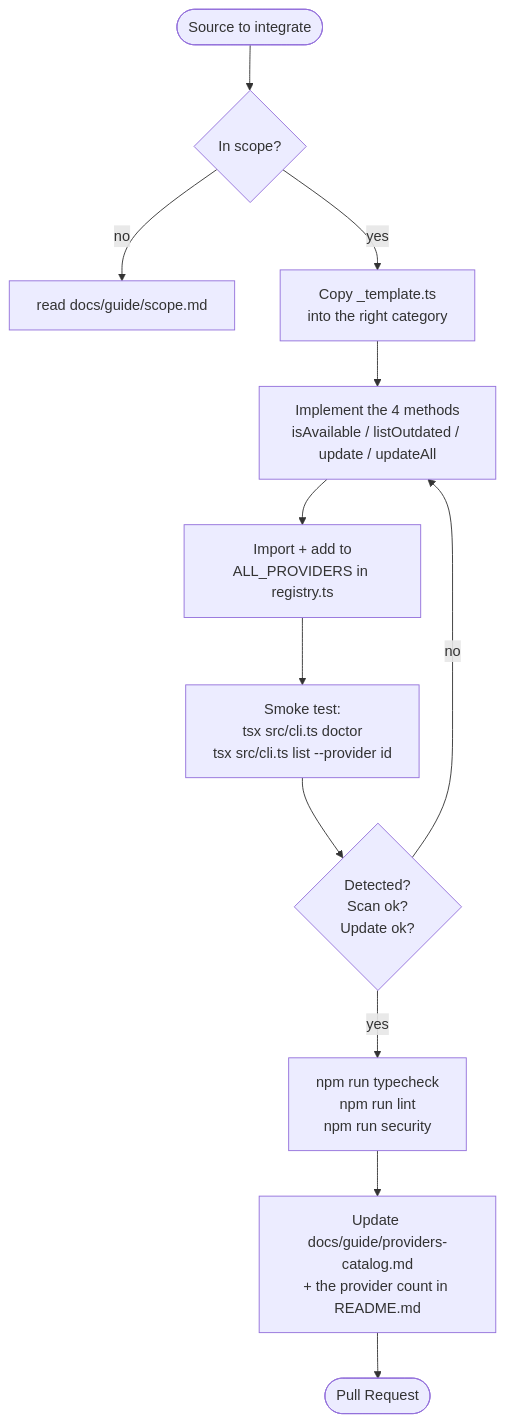
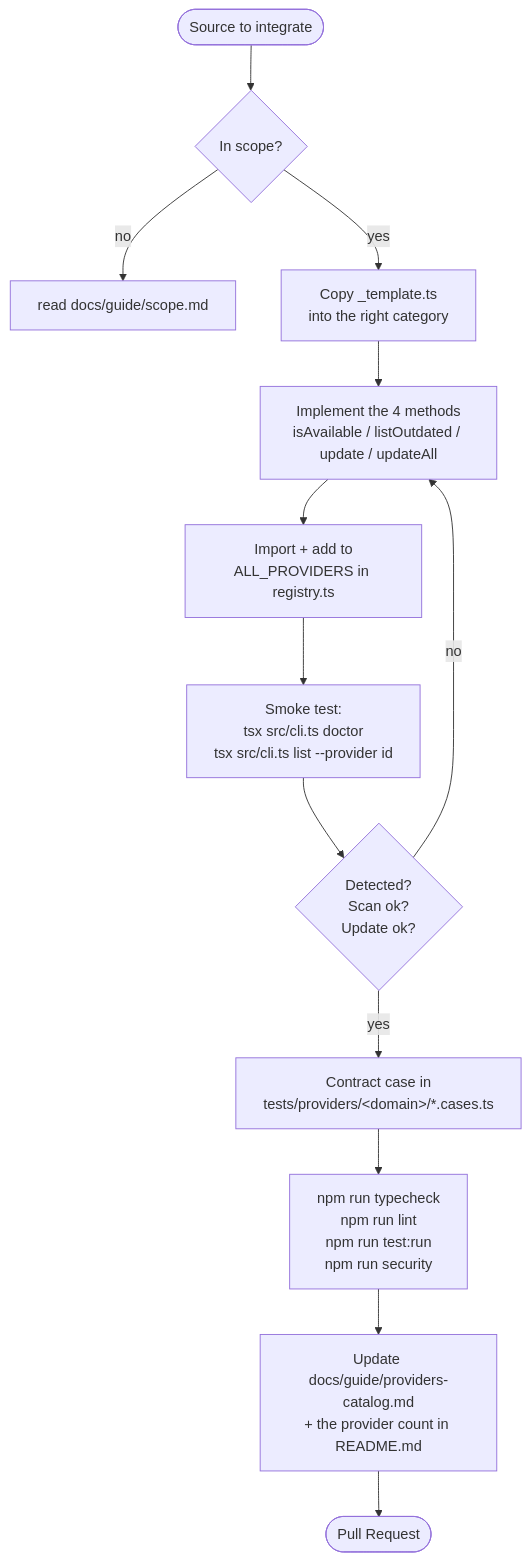
The first of 4 diagrams in CONTRIBUTING.md (LINDECKER-Charles/gup), drawn with Mermaid before and after one commit. The commit also changed other lines of this file and 8 other files, not shown here.

````diff
--- a/CONTRIBUTING.md
+++ b/CONTRIBUTING.md
@@ -77,14 +77,15 @@
 ```mermaid
 flowchart TD
     Start([Source to integrate]) --> Scope{In scope?}
     Scope -->|no| OutOfScope[read docs/guide/scope.md]
     Scope -->|yes| Copy[Copy _template.ts<br/>into the right category]
     Copy --> Impl[Implement the 4 methods<br/>isAvailable / listOutdated / update / updateAll]
     Impl --> Register[Import + add to<br/>ALL_PROVIDERS in registry.ts]
     Register --> Smoke[Smoke test:<br/>tsx src/cli.ts doctor<br/>tsx src/cli.ts list --provider id]
     Smoke --> Pass{Detected?<br/>Scan ok?<br/>Update ok?}
     Pass -->|no| Impl
-    Pass -->|yes| Tests[npm run typecheck<br/>npm run lint<br/>npm run security]
+    Pass -->|yes| Case[Contract case in<br/>tests/providers/&lt;domain&gt;/*.cases.ts]
+    Case --> Tests[npm run typecheck<br/>npm run lint<br/>npm run test:run<br/>npm run security]
     Tests --> Doc[Update docs/guide/providers-catalog.md<br/>+ the provider count in README.md]
     Doc --> PR([Pull Request])
 ```
````
